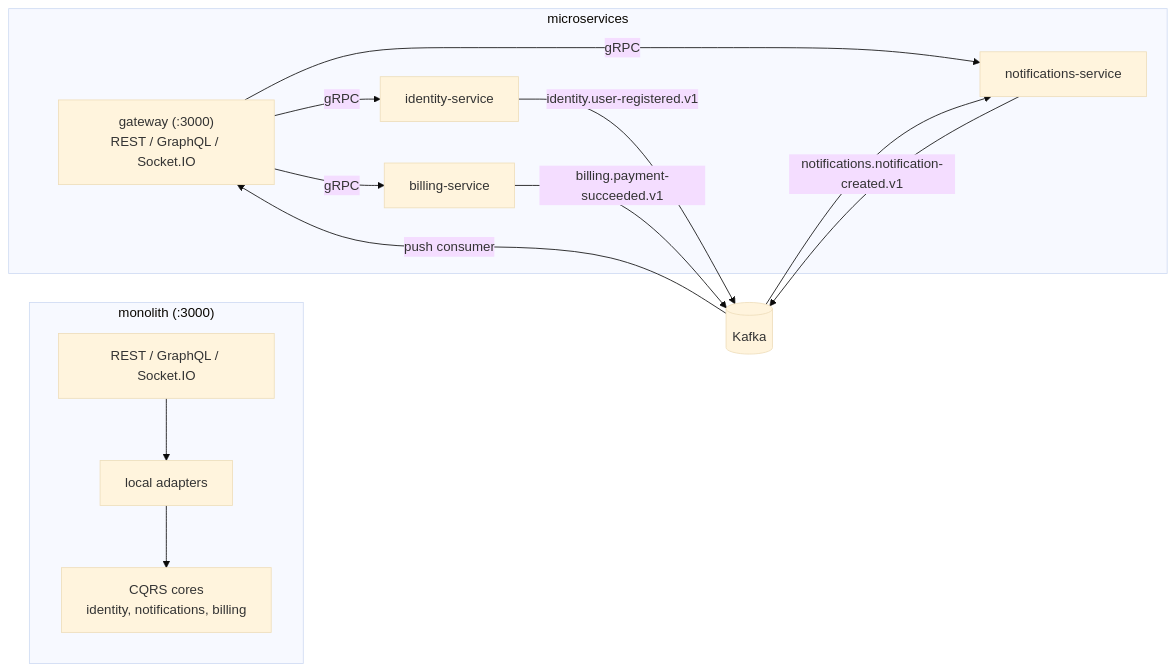
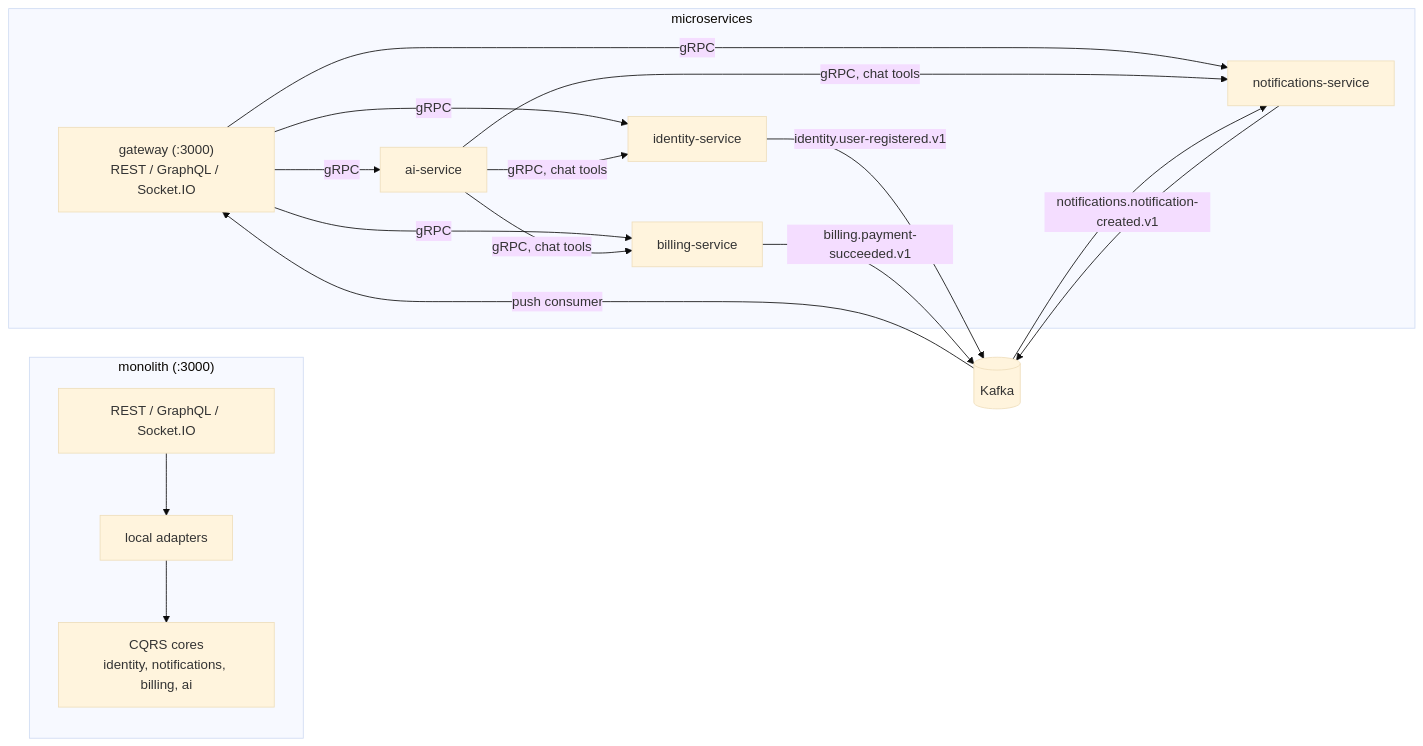
One commit to alonecandies/nestjs-boilerplate changed the first of 8 diagrams in docs/ARCHITECTURE.md. Above: the diagram before and after it, drawn with Mermaid (base theme). The commit also changed other lines of this file and 5 other files, not shown here.

Commit message:
docs(repo,identity-service): add ai-service to the architecture doc; fix the grpc policy

````diff
--- a/docs/ARCHITECTURE.md
+++ b/docs/ARCHITECTURE.md
@@ -14,16 +14,20 @@
 ```mermaid
 flowchart LR
   subgraph Monolith["monolith (:3000)"]
-    MP[REST / GraphQL / Socket.IO] --> ML[local adapters] --> MC[CQRS cores<br/>identity, notifications, billing]
+    MP[REST / GraphQL / Socket.IO] --> ML[local adapters] --> MC[CQRS cores<br/>identity, notifications, billing, ai]
   end
   subgraph Micro["microservices"]
     GW["gateway (:3000)<br/>REST / GraphQL / Socket.IO"] -- gRPC --> ID[identity-service]
     GW -- gRPC --> NS[notifications-service]
     GW -- gRPC --> BS[billing-service]
+    GW -- gRPC --> AI[ai-service]
+    AI -- gRPC, chat tools --> ID
+    AI -- gRPC, chat tools --> NS
+    AI -- gRPC, chat tools --> BS
   end
   ID -- identity.user-registered.v1 --> K[(Kafka)]
   BS -- billing.payment-succeeded.v1 --> K
   K --> NS
   NS -- notifications.notification-created.v1 --> K
   K -- push consumer --> GW
 ```
````
